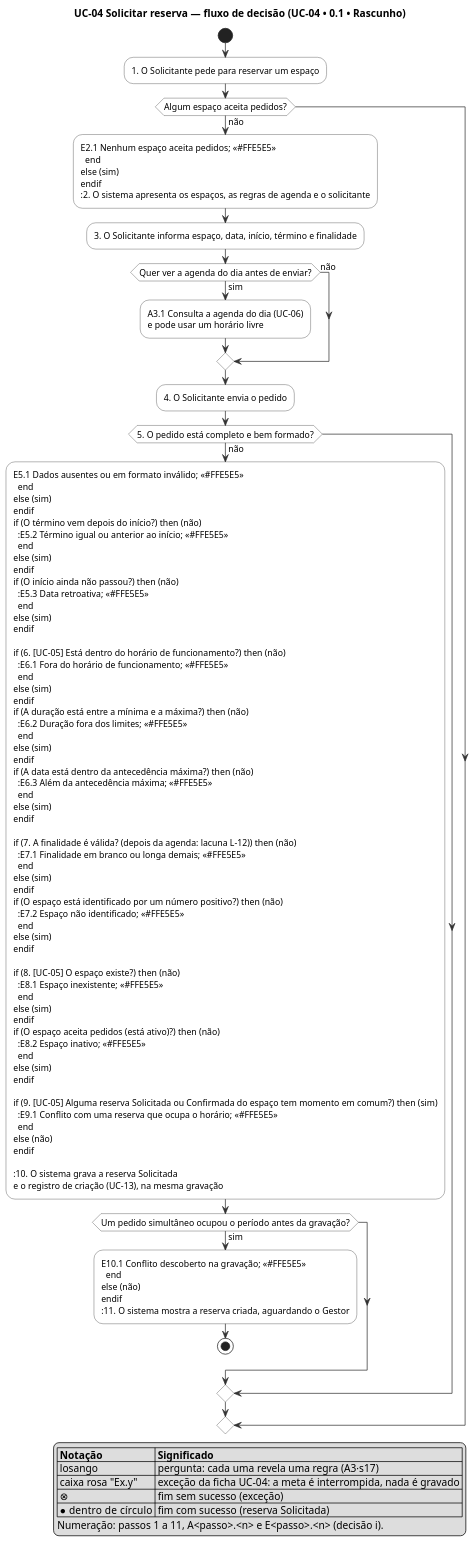
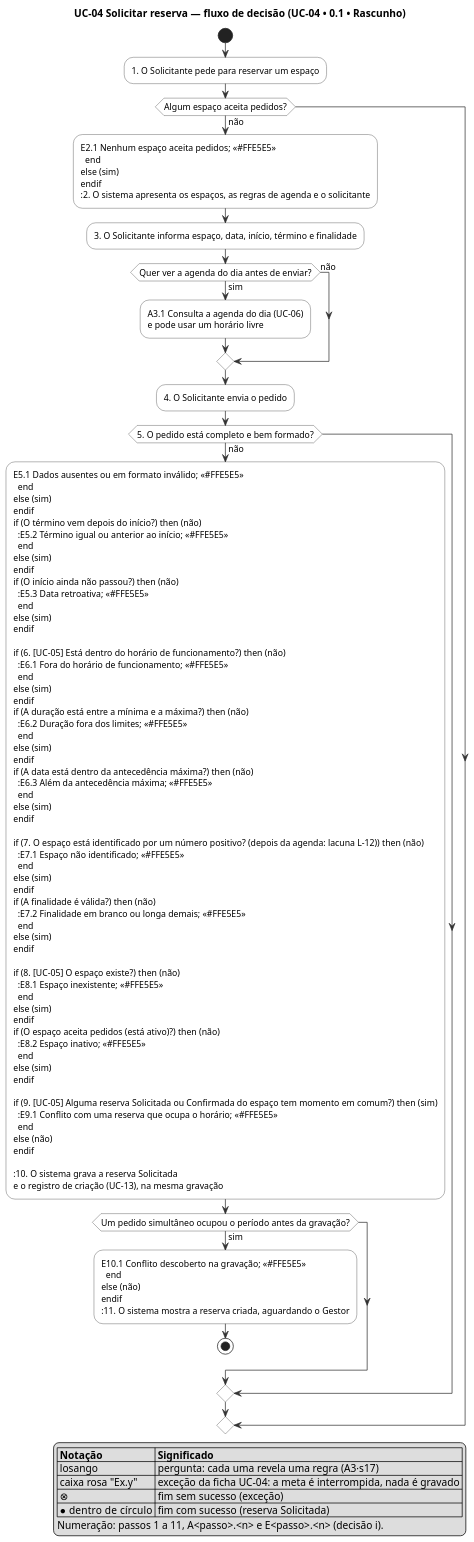
The diagram in docs/fontes/requisitos/casos-de-uso/fluxo-solicitar-reserva.puml (maxzdosreis/PP_Grupo03_ConectaCampus), drawn with PlantUML before and after one commit. The commit also changed 16 other files, not shown here.

Commit message:
docs(modelagem): adiciona o fluxo principal com diagramas de sequência da solicitação e da confirmação, conflito de horário e transição inválida

```diff
--- a/docs/fontes/requisitos/casos-de-uso/fluxo-solicitar-reserva.puml
+++ b/docs/fontes/requisitos/casos-de-uso/fluxo-solicitar-reserva.puml
@@ -1,116 +1,116 @@
 @startuml fluxo-solicitar-reserva
 ' Fluxo de decisão de UC-04 Solicitar reserva (REQ-04), diagrama de atividade de apoio (A3·s17).
 ' Fonte versionada. Os arquivos .svg e .png ao lado são GERADOS a partir deste
 ' arquivo (comando no README.md desta pasta): não os edite à mão.
 ' Cada pergunta leva à exceção da ficha UC-04-solicitar-reserva.md com o mesmo ID,
 ' na ordem real das verificações. O script verificar_casos_de_uso.py confere os IDs.
 
 skinparam dpi 120
 skinparam shadowing false
 skinparam defaultFontSize 12
 skinparam ArrowColor #333333
 skinparam ActivityBorderColor #333333
 skinparam ActivityBackgroundColor #FFFFFF
 skinparam ActivityDiamondBorderColor #333333
 skinparam ActivityDiamondBackgroundColor #FFFFFF
 skinparam NoteBorderColor #888888
 skinparam NoteBackgroundColor #FFFBE6
 
 title UC-04 Solicitar reserva — fluxo de decisão (UC-04 • 0.1 • Rascunho)
 
 start
 :1. O Solicitante pede para reservar um espaço;
 if (Algum espaço aceita pedidos?) then (não)
   :E2.1 Nenhum espaço aceita pedidos; <<#FFE5E5>>
   end
 else (sim)
 endif
 :2. O sistema apresenta os espaços, as regras de agenda e o solicitante;
 :3. O Solicitante informa espaço, data, início, término e finalidade;
 if (Quer ver a agenda do dia antes de enviar?) then (sim)
   :A3.1 Consulta a agenda do dia (UC-06)
   e pode usar um horário livre;
 else (não)
 endif
 :4. O Solicitante envia o pedido;
 
 if (5. O pedido está completo e bem formado?) then (não)
   :E5.1 Dados ausentes ou em formato inválido; <<#FFE5E5>>
   end
 else (sim)
 endif
 if (O término vem depois do início?) then (não)
   :E5.2 Término igual ou anterior ao início; <<#FFE5E5>>
   end
 else (sim)
 endif
 if (O início ainda não passou?) then (não)
   :E5.3 Data retroativa; <<#FFE5E5>>
   end
 else (sim)
 endif
 
 if (6. [UC-05] Está dentro do horário de funcionamento?) then (não)
   :E6.1 Fora do horário de funcionamento; <<#FFE5E5>>
   end
 else (sim)
 endif
 if (A duração está entre a mínima e a máxima?) then (não)
   :E6.2 Duração fora dos limites; <<#FFE5E5>>
   end
 else (sim)
 endif
 if (A data está dentro da antecedência máxima?) then (não)
   :E6.3 Além da antecedência máxima; <<#FFE5E5>>
   end
 else (sim)
 endif
 
-if (7. A finalidade é válida? (depois da agenda: lacuna L-12)) then (não)
-  :E7.1 Finalidade em branco ou longa demais; <<#FFE5E5>>
+if (7. O espaço está identificado por um número positivo? (depois da agenda: lacuna L-12)) then (não)
+  :E7.1 Espaço não identificado; <<#FFE5E5>>
   end
 else (sim)
 endif
-if (O espaço está identificado por um número positivo?) then (não)
-  :E7.2 Espaço não identificado; <<#FFE5E5>>
+if (A finalidade é válida?) then (não)
+  :E7.2 Finalidade em branco ou longa demais; <<#FFE5E5>>
   end
 else (sim)
 endif
 
 if (8. [UC-05] O espaço existe?) then (não)
   :E8.1 Espaço inexistente; <<#FFE5E5>>
   end
 else (sim)
 endif
 if (O espaço aceita pedidos (está ativo)?) then (não)
   :E8.2 Espaço inativo; <<#FFE5E5>>
   end
 else (sim)
 endif
 
 if (9. [UC-05] Alguma reserva Solicitada ou Confirmada do espaço tem momento em comum?) then (sim)
   :E9.1 Conflito com uma reserva que ocupa o horário; <<#FFE5E5>>
   end
 else (não)
 endif
 
 :10. O sistema grava a reserva Solicitada
 e o registro de criação (UC-13), na mesma gravação;
 if (Um pedido simultâneo ocupou o período antes da gravação?) then (sim)
   :E10.1 Conflito descoberto na gravação; <<#FFE5E5>>
   end
 else (não)
 endif
 :11. O sistema mostra a reserva criada, aguardando o Gestor;
 stop
 
 legend right
   |= Notação |= Significado |
   | losango | pergunta: cada uma revela uma regra (A3·s17) |
   | caixa rosa "Ex.y" | exceção da ficha UC-04: a meta é interrompida, nada é gravado |
   | ⊗ | fim sem sucesso (exceção) |
   | ● dentro de círculo | fim com sucesso (reserva Solicitada) |
   Numeração: passos 1 a 11, A<passo>.<n> e E<passo>.<n> (decisão i).
 endlegend
 
 @enduml
```
